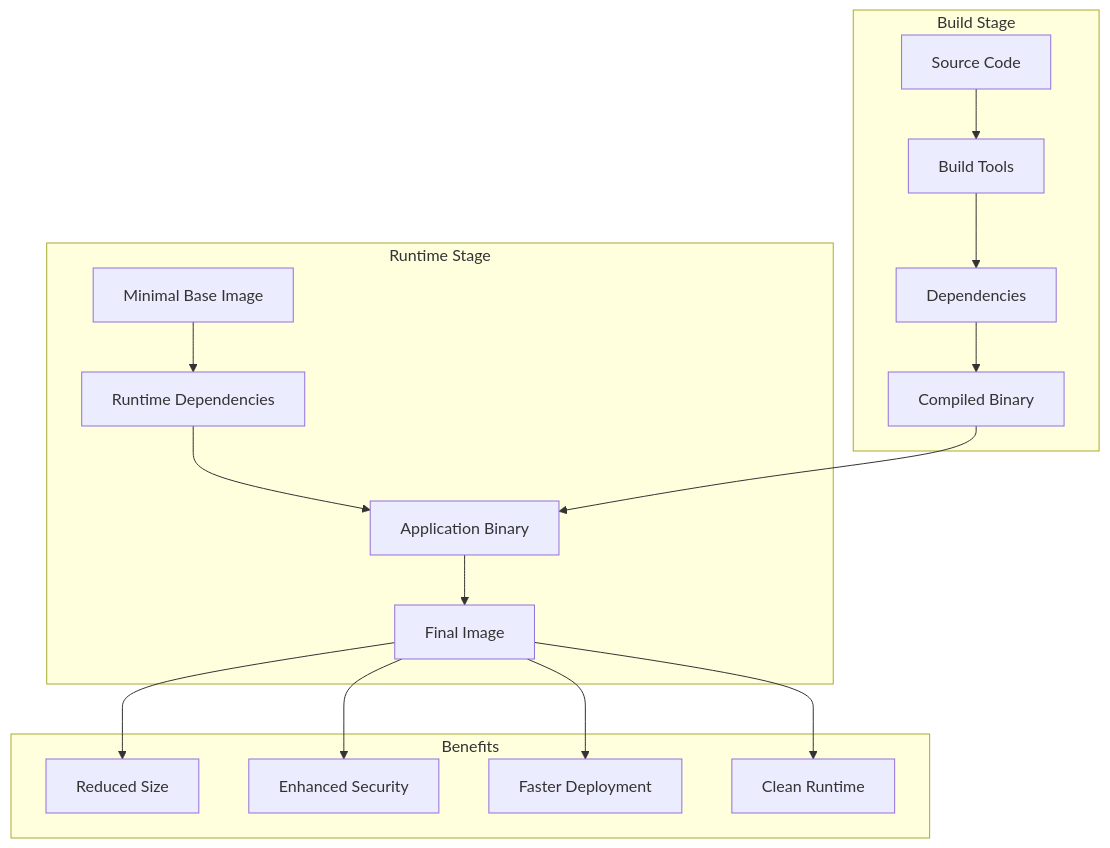
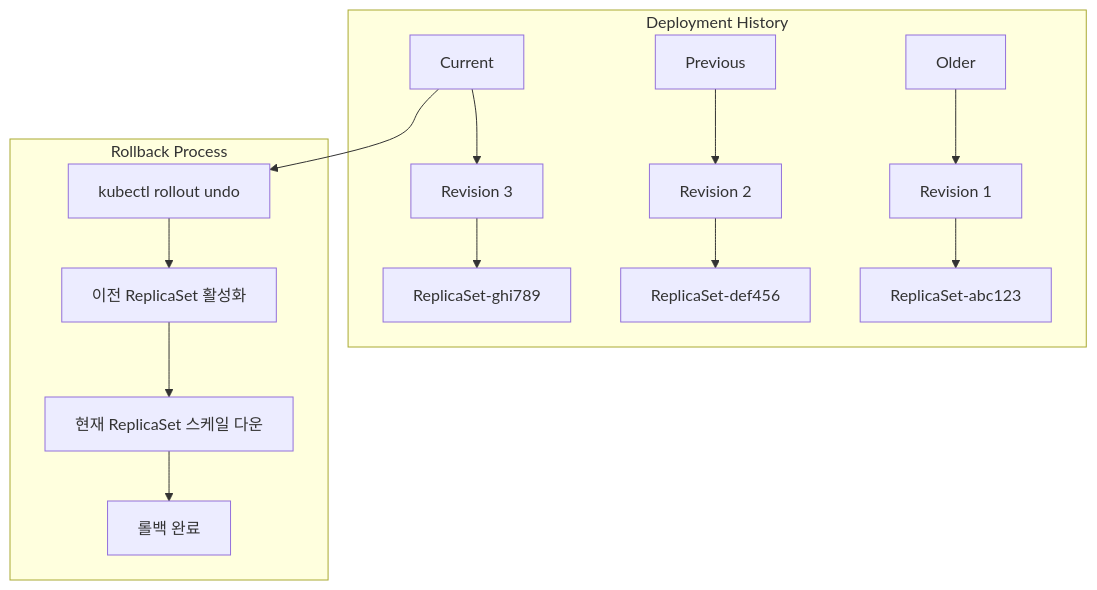
The fourth of 4 diagrams in week_02/day_02/session_02.md (niceguy61/kdt_devops_lecture_2025), drawn with Mermaid before and after one commit. The commit also changed other lines of this file and 38 other files, not shown here.

````diff
--- a/week_02/day_02/session_02.md
+++ b/week_02/day_02/session_02.md
@@ -15,28 +202,20 @@
 ```mermaid
 graph TB
-    subgraph "Build Stage"
-        A[Source Code] --> B[Build Tools]
-        B --> C[Dependencies]
-        C --> D[Compiled Binary]
+    subgraph "Deployment History"
+        A[Revision 1] --> B[ReplicaSet-abc123]
+        C[Revision 2] --> D[ReplicaSet-def456]
+        E[Revision 3] --> F[ReplicaSet-ghi789]
+        
+        G[Current] --> E
+        H[Previous] --> C
+        I[Older] --> A
     end
     
-    subgraph "Runtime Stage"
-        E[Minimal Base Image] --> F[Runtime Dependencies]
-        F --> G[Application Binary]
-        G --> H[Final Image]
+    subgraph "Rollback Process"
+        J[kubectl rollout undo] --> K[이전 ReplicaSet 활성화]
+        K --> L[현재 ReplicaSet 스케일 다운]
+        L --> M[롤백 완료]
     end
     
-    D --> G
-    
-    subgraph "Benefits"
-        I[Reduced Size]
-        J[Enhanced Security]
-        K[Faster Deployment]
-        L[Clean Runtime]
-    end
-    
-    H --> I
-    H --> J
-    H --> K
-    H --> L
+    G --> J
 ```
````
